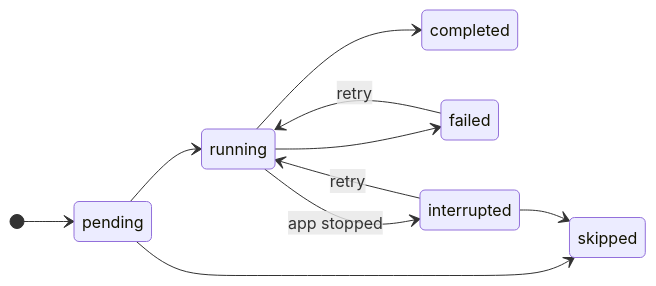
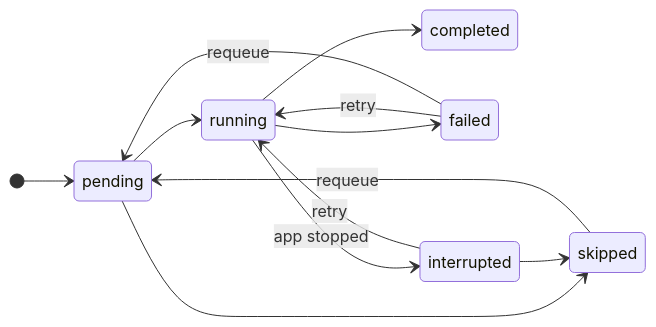
One commit to mimzand/autonomous-research-assistant changed the third of 3 diagrams in packages/storage/SCHEMA.md. Above: the diagram before and after it, drawn with Mermaid. The commit also changed other lines of this file and 48 other files, not shown here.

````diff
--- a/packages/storage/SCHEMA.md
+++ b/packages/storage/SCHEMA.md
@@ -201,13 +226,15 @@
 ```mermaid
 stateDiagram-v2
   direction LR
   [*] --> pending
   pending --> running
   pending --> skipped
   running --> completed
   running --> failed
   running --> interrupted : app stopped
   failed --> running : retry
+  failed --> pending : requeue
   interrupted --> running : retry
   interrupted --> skipped
+  skipped --> pending : requeue
 ```
````
